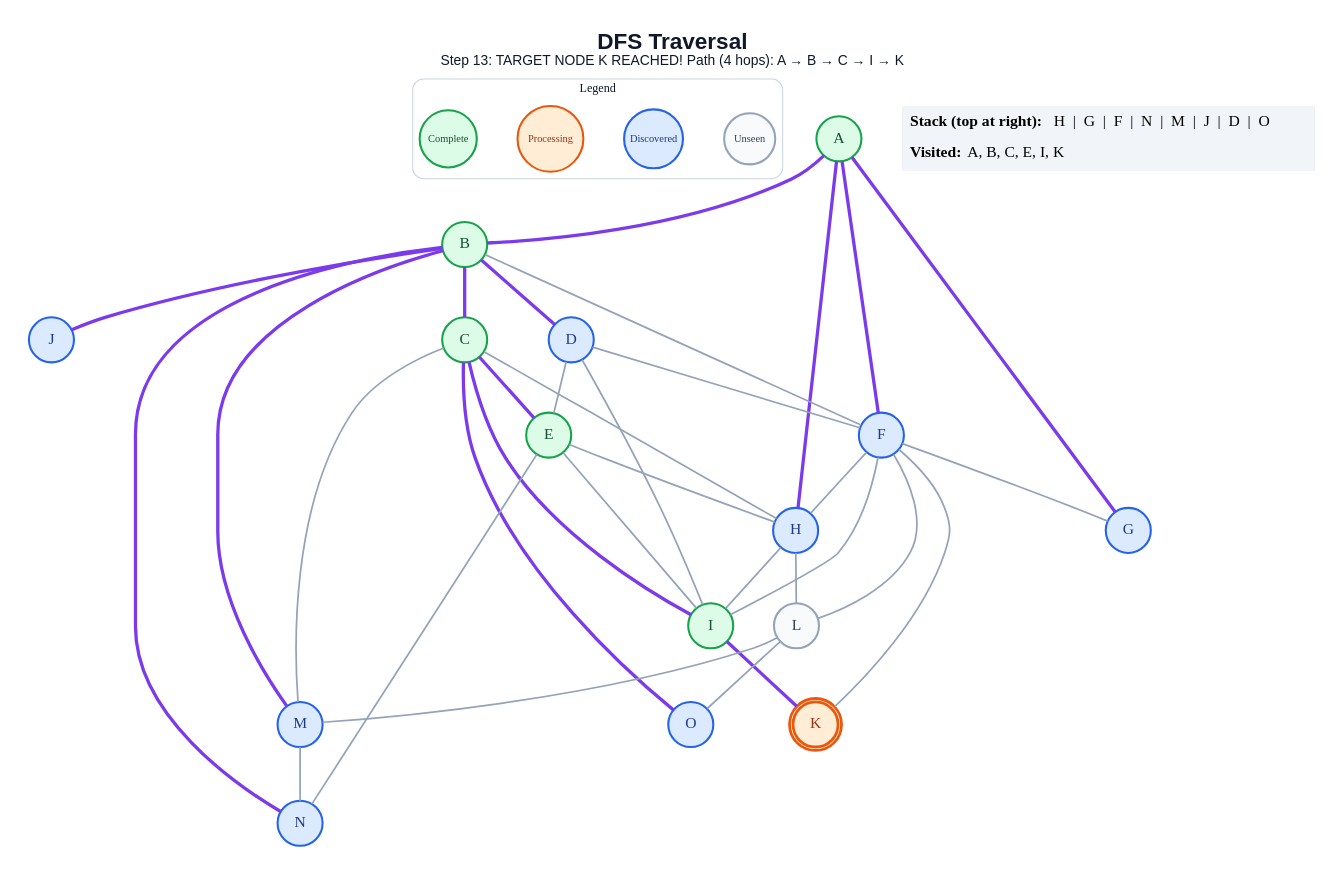
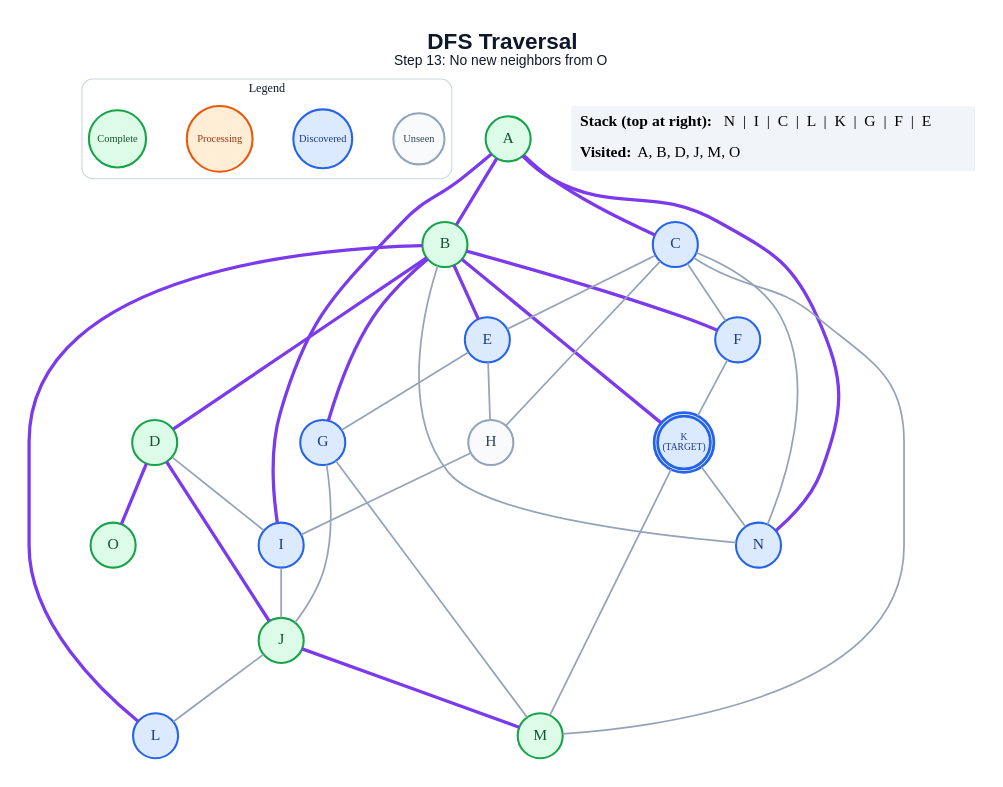
Before and after one commit to anon7238593-create/ai-slop: the diagram in generated/specific-node/dfs/step_13.dot, drawn with Graphviz. The commit also changed 257 other files, not shown here.

```diff
--- a/generated/specific-node/dfs/step_13.dot
+++ b/generated/specific-node/dfs/step_13.dot
@@ -1,66 +1,64 @@
 graph traversal {
   graph [layout=dot, rankdir=TB, bgcolor="#FFFFFF", pad="0.35", nodesep="0.65", ranksep="0.8", fontname="Arial"];
   node [shape=circle, style="filled", fontname="Arial Bold", fontsize=18, width=0.72, fixedsize=true, penwidth=2.4];
   edge [color="#94A3B8", penwidth=2.0];
-  label=<<B>DFS Traversal</B><BR/><FONT POINT-SIZE="16">Step 13: TARGET NODE K REACHED! Path (4 hops): A → B → C → I → K</FONT>>; labelloc="t"; fontsize=26; fontname="Arial"; fontcolor="#0F172A";
+  label=<<B>DFS Traversal</B><BR/><FONT POINT-SIZE="16">Step 13: No new neighbors from O</FONT>>; labelloc="t"; fontsize=26; fontname="Arial"; fontcolor="#0F172A";
   subgraph cluster_legend { label="Legend"; color="#CBD5E1"; penwidth=1.2; style="rounded"; fontsize=14; fontname="Arial Bold";
     key_unseen [label="Unseen", fillcolor="#F8FAFC", color="#94A3B8", fontcolor="#334155", fontsize=12, width=0.82];
     key_frontier [label="Discovered", fillcolor="#DBEAFE", color="#2563EB", fontcolor="#1E3A8A", fontsize=12, width=0.95];
     key_current [label="Processing", fillcolor="#FFEDD5", color="#EA580C", fontcolor="#9A3412", fontsize=12, width=1.05];
     key_done [label="Complete", fillcolor="#DCFCE7", color="#16A34A", fontcolor="#14532D", fontsize=12, width=0.92];
     { rank=same; key_unseen; key_frontier; key_current; key_done; }
   }
   A [label="A", fillcolor="#DCFCE7", color="#16A34A", fontcolor="#14532D", peripheries=1, penwidth=2.4];
   B [label="B", fillcolor="#DCFCE7", color="#16A34A", fontcolor="#14532D", peripheries=1, penwidth=2.4];
-  C [label="C", fillcolor="#DCFCE7", color="#16A34A", fontcolor="#14532D", peripheries=1, penwidth=2.4];
-  D [label="D", fillcolor="#DBEAFE", color="#2563EB", fontcolor="#1E3A8A", peripheries=1, penwidth=2.4];
-  E [label="E", fillcolor="#DCFCE7", color="#16A34A", fontcolor="#14532D", peripheries=1, penwidth=2.4];
+  C [label="C", fillcolor="#DBEAFE", color="#2563EB", fontcolor="#1E3A8A", peripheries=1, penwidth=2.4];
+  D [label="D", fillcolor="#DCFCE7", color="#16A34A", fontcolor="#14532D", peripheries=1, penwidth=2.4];
+  E [label="E", fillcolor="#DBEAFE", color="#2563EB", fontcolor="#1E3A8A", peripheries=1, penwidth=2.4];
   F [label="F", fillcolor="#DBEAFE", color="#2563EB", fontcolor="#1E3A8A", peripheries=1, penwidth=2.4];
   G [label="G", fillcolor="#DBEAFE", color="#2563EB", fontcolor="#1E3A8A", peripheries=1, penwidth=2.4];
-  H [label="H", fillcolor="#DBEAFE", color="#2563EB", fontcolor="#1E3A8A", peripheries=1, penwidth=2.4];
-  I [label="I", fillcolor="#DCFCE7", color="#16A34A", fontcolor="#14532D", peripheries=1, penwidth=2.4];
-  J [label="J", fillcolor="#DBEAFE", color="#2563EB", fontcolor="#1E3A8A", peripheries=1, penwidth=2.4];
-  K [label="K", fillcolor="#FFEDD5", color="#EA580C", fontcolor="#9A3412", peripheries=2, penwidth=3.2];
-  L [label="L", fillcolor="#F8FAFC", color="#94A3B8", fontcolor="#334155", peripheries=1, penwidth=2.4];
-  M [label="M", fillcolor="#DBEAFE", color="#2563EB", fontcolor="#1E3A8A", peripheries=1, penwidth=2.4];
+  H [label="H", fillcolor="#F8FAFC", color="#94A3B8", fontcolor="#334155", peripheries=1, penwidth=2.4];
+  I [label="I", fillcolor="#DBEAFE", color="#2563EB", fontcolor="#1E3A8A", peripheries=1, penwidth=2.4];
+  J [label="J", fillcolor="#DCFCE7", color="#16A34A", fontcolor="#14532D", peripheries=1, penwidth=2.4];
+  K [label="K\n(TARGET)", fillcolor="#DBEAFE", color="#2563EB", fontcolor="#1E3A8A", peripheries=2, penwidth=3.2, fontsize=11, width=0.85, height=0.85];
+  L [label="L", fillcolor="#DBEAFE", color="#2563EB", fontcolor="#1E3A8A", peripheries=1, penwidth=2.4];
+  M [label="M", fillcolor="#DCFCE7", color="#16A34A", fontcolor="#14532D", peripheries=1, penwidth=2.4];
   N [label="N", fillcolor="#DBEAFE", color="#2563EB", fontcolor="#1E3A8A", peripheries=1, penwidth=2.4];
-  O [label="O", fillcolor="#DBEAFE", color="#2563EB", fontcolor="#1E3A8A", peripheries=1, penwidth=2.4];
+  O [label="O", fillcolor="#DCFCE7", color="#16A34A", fontcolor="#14532D", peripheries=1, penwidth=2.4];
   A -- B [color="#7C3AED", penwidth=3.8];
-  A -- F [color="#7C3AED", penwidth=3.8];
-  A -- G [color="#7C3AED", penwidth=3.8];
-  A -- H [color="#7C3AED", penwidth=3.8];
-  B -- C [color="#7C3AED", penwidth=3.8];
+  A -- C [color="#7C3AED", penwidth=3.8];
+  A -- I [color="#7C3AED", penwidth=3.8];
+  A -- N [color="#7C3AED", penwidth=3.8];
   B -- D [color="#7C3AED", penwidth=3.8];
-  B -- F;
-  B -- J [color="#7C3AED", penwidth=3.8];
-  B -- M [color="#7C3AED", penwidth=3.8];
-  B -- N [color="#7C3AED", penwidth=3.8];
-  C -- E [color="#7C3AED", penwidth=3.8];
+  B -- E [color="#7C3AED", penwidth=3.8];
+  B -- F [color="#7C3AED", penwidth=3.8];
+  B -- G [color="#7C3AED", penwidth=3.8];
+  B -- K [color="#7C3AED", penwidth=3.8];
+  B -- L [color="#7C3AED", penwidth=3.8];
+  B -- N;
+  C -- E;
+  C -- F;
   C -- H;
-  C -- I [color="#7C3AED", penwidth=3.8];
   C -- M;
-  C -- O [color="#7C3AED", penwidth=3.8];
-  D -- E;
-  D -- F;
+  C -- N;
   D -- I;
+  D -- J [color="#7C3AED", penwidth=3.8];
+  D -- O [color="#7C3AED", penwidth=3.8];
+  E -- G;
   E -- H;
-  E -- I;
-  E -- N;
-  F -- G;
-  F -- H;
-  F -- I;
   F -- K;
-  F -- L;
+  G -- J;
+  G -- M;
   H -- I;
-  H -- L;
-  I -- K [color="#7C3AED", penwidth=3.8];
-  L -- M;
-  L -- O;
-  M -- N;
+  I -- J;
+  J -- L;
+  J -- M [color="#7C3AED", penwidth=3.8];
+  K -- M;
+  K -- N;
   status [shape=plain, fixedsize=false, width=0, height=0, margin=0, label=<
     <TABLE BORDER="0" CELLBORDER="0" CELLPADDING="7" BGCOLOR="#F1F5F9">
-      <TR><TD ALIGN="LEFT"><B>Stack (top at right):</B> H  |  G  |  F  |  N  |  M  |  J  |  D  |  O</TD></TR>
-      <TR><TD ALIGN="LEFT"><B>Visited:</B> A, B, C, E, I, K</TD></TR>
+      <TR><TD ALIGN="LEFT"><B>Stack (top at right):</B> N  |  I  |  C  |  L  |  K  |  G  |  F  |  E</TD></TR>
+      <TR><TD ALIGN="LEFT"><B>Visited:</B> A, B, D, J, M, O</TD></TR>
     </TABLE>
   >];
 }
```
